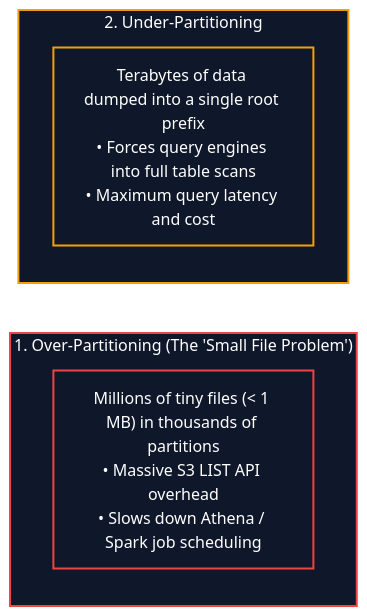
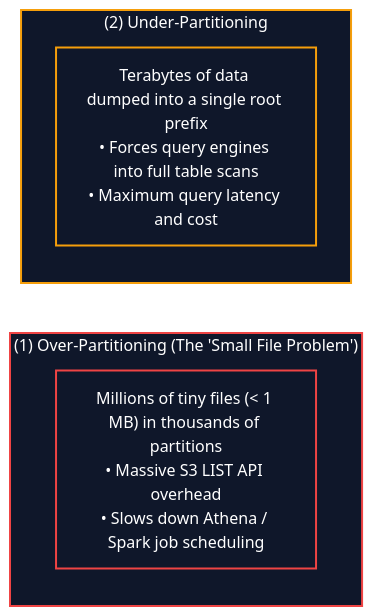
The third of 3 diagrams in content/en/03-concepts/data-modeling-and-partitioning.md (Wathon/aws-dea-c01-note), drawn with Mermaid before and after one commit. The commit also changed 49 other files, not shown here.

Commit message:
Fix 'Unsupported markdown: list' Mermaid rendering issues across all English and Burmese notes

````diff
--- a/content/en/03-concepts/data-modeling-and-partitioning.md
+++ b/content/en/03-concepts/data-modeling-and-partitioning.md
@@ -96,16 +96,16 @@
 ```mermaid
 graph LR
-    subgraph Pitfall1["1. Over-Partitioning (The 'Small File Problem')"]
+    subgraph Pitfall1["(1) Over-Partitioning (The 'Small File Problem')"]
         OP["Millions of tiny files (< 1 MB) in thousands of partitions<br/>• Massive S3 LIST API overhead<br/>• Slows down Athena / Spark job scheduling"]
     end
 
-    subgraph Pitfall2["2. Under-Partitioning"]
+    subgraph Pitfall2["(2) Under-Partitioning"]
         UP["Terabytes of data dumped into a single root prefix<br/>• Forces query engines into full table scans<br/>• Maximum query latency and cost"]
     end
 
     classDef p1 fill:#0f172a,stroke:#ef4444,stroke-width:2px,color:#fff;
     classDef p2 fill:#0f172a,stroke:#f59e0b,stroke-width:2px,color:#fff;
 
     class Pitfall1,OP p1;
     class Pitfall2,UP p2;
 ```
````
